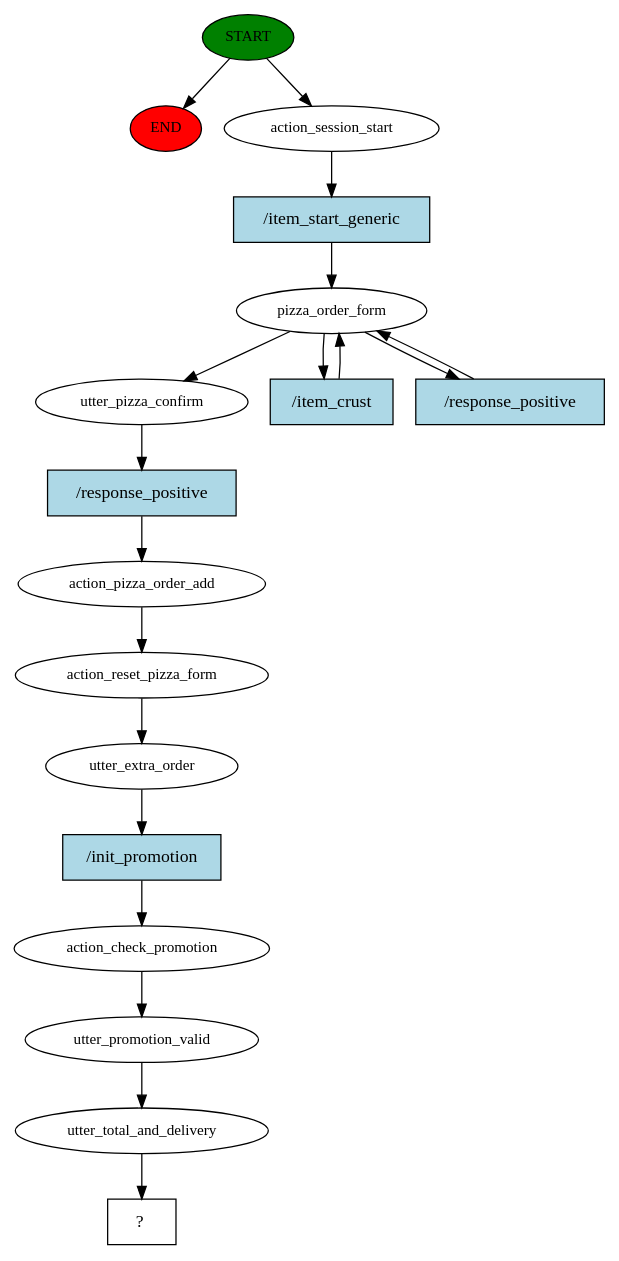
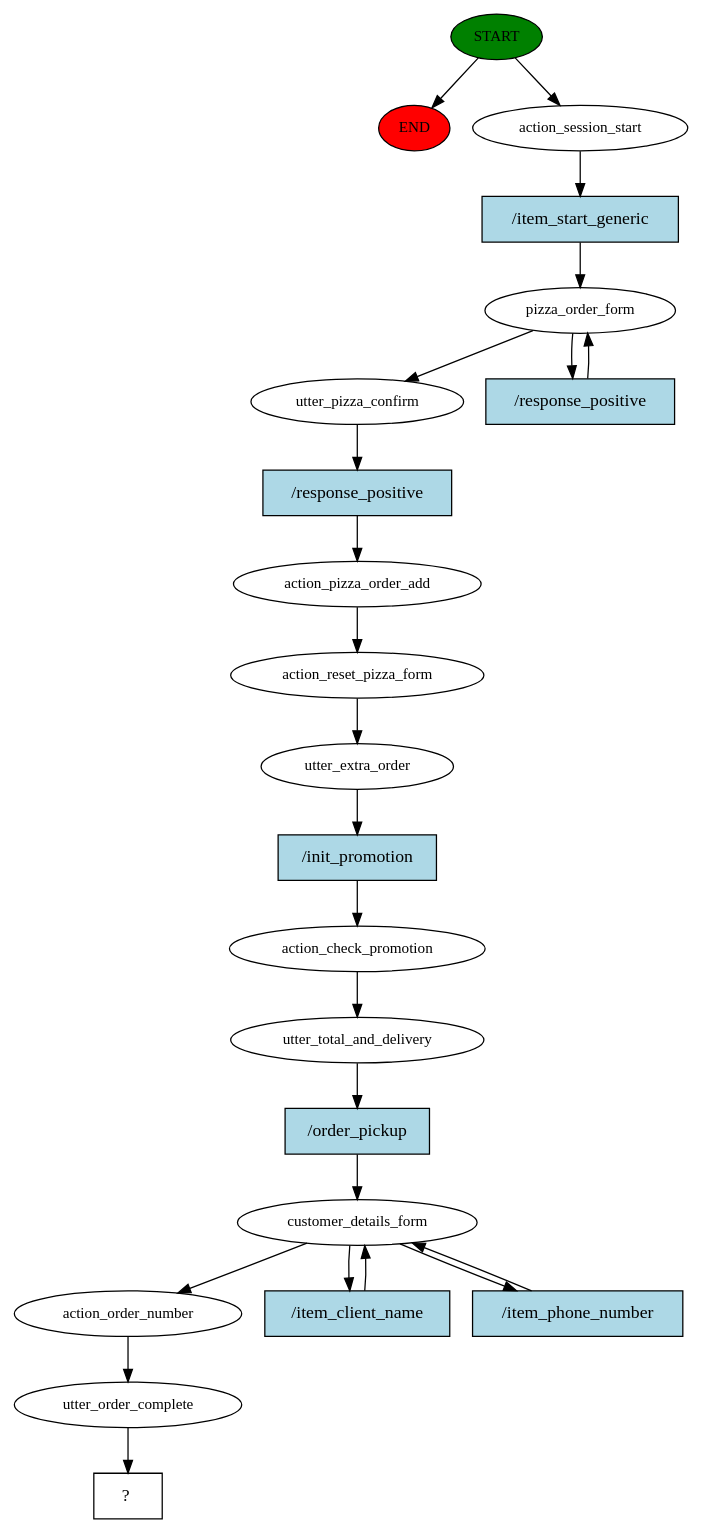
The diagram in story_graph.dot (pasterzewa/HMD-PizzaBot-project), drawn with Graphviz before and after one commit. The commit also changed 12 other files, not shown here.

```diff
--- a/story_graph.dot
+++ b/story_graph.dot
@@ -1,37 +1,46 @@
 digraph  {
 0 [class="start active", fillcolor=green, fontsize=12, label=START, style=filled];
 "-1" [class=end, fillcolor=red, fontsize=12, label=END, style=filled];
 1 [class=active, fontsize=12, label=action_session_start];
 2 [class=active, fontsize=12, label=pizza_order_form];
-5 [class=active, fontsize=12, label=utter_pizza_confirm];
-6 [class=active, fontsize=12, label=action_pizza_order_add];
-7 [class=active, fontsize=12, label=action_reset_pizza_form];
-8 [class=active, fontsize=12, label=utter_extra_order];
-9 [class=active, fontsize=12, label=action_check_promotion];
-10 [class=active, fontsize=12, label=utter_promotion_valid];
-11 [class=active, fontsize=12, label=utter_total_and_delivery];
-12 [class="intent dashed active", label="  ?  ", shape=rect];
-13 [class="intent active", fillcolor=lightblue, label="/item_start_generic", shape=rect, style=filled];
-14 [class="intent active", fillcolor=lightblue, label="/item_crust", shape=rect, style=filled];
-15 [class="intent active", fillcolor=lightblue, label="/response_positive", shape=rect, style=filled];
-16 [class="intent active", fillcolor=lightblue, label="/response_positive", shape=rect, style=filled];
-17 [class="intent active", fillcolor=lightblue, label="/init_promotion", shape=rect, style=filled];
+4 [class=active, fontsize=12, label=utter_pizza_confirm];
+5 [class=active, fontsize=12, label=action_pizza_order_add];
+6 [class=active, fontsize=12, label=action_reset_pizza_form];
+7 [class=active, fontsize=12, label=utter_extra_order];
+8 [class=active, fontsize=12, label=action_check_promotion];
+9 [class=active, fontsize=12, label=utter_total_and_delivery];
+10 [class=active, fontsize=12, label=customer_details_form];
+13 [class=active, fontsize=12, label=action_order_number];
+14 [class=active, fontsize=12, label=utter_order_complete];
+15 [class="intent dashed active", label="  ?  ", shape=rect];
+16 [class="intent active", fillcolor=lightblue, label="/item_start_generic", shape=rect, style=filled];
+17 [class="intent active", fillcolor=lightblue, label="/response_positive", shape=rect, style=filled];
+18 [class="intent active", fillcolor=lightblue, label="/response_positive", shape=rect, style=filled];
+19 [class="intent active", fillcolor=lightblue, label="/init_promotion", shape=rect, style=filled];
+20 [class="intent active", fillcolor=lightblue, label="/order_pickup", shape=rect, style=filled];
+21 [class="intent active", fillcolor=lightblue, label="/item_client_name", shape=rect, style=filled];
+22 [class="intent active", fillcolor=lightblue, label="/item_phone_number", shape=rect, style=filled];
 0 -> "-1"  [class="", key=NONE, label=""];
 0 -> 1  [class=active, key=NONE, label=""];
-1 -> 13  [class=active, key=0];
-2 -> 5  [class=active, key=NONE, label=""];
-2 -> 14  [class=active, key=0];
-2 -> 15  [class=active, key=0];
-5 -> 16  [class=active, key=0];
+1 -> 16  [class=active, key=0];
+2 -> 4  [class=active, key=NONE, label=""];
+2 -> 17  [class=active, key=0];
+4 -> 18  [class=active, key=0];
+5 -> 6  [class=active, key=NONE, label=""];
 6 -> 7  [class=active, key=NONE, label=""];
-7 -> 8  [class=active, key=NONE, label=""];
-8 -> 17  [class=active, key=0];
-9 -> 10  [class=active, key=NONE, label=""];
-10 -> 11  [class=active, key=NONE, label=""];
-11 -> 12  [class=active, key=NONE, label=""];
-13 -> 2  [class=active, key=0];
-14 -> 2  [class=active, key=0];
-15 -> 2  [class=active, key=0];
-16 -> 6  [class=active, key=0];
-17 -> 9  [class=active, key=0];
+7 -> 19  [class=active, key=0];
+8 -> 9  [class=active, key=NONE, label=""];
+9 -> 20  [class=active, key=0];
+10 -> 13  [class=active, key=NONE, label=""];
+10 -> 21  [class=active, key=0];
+10 -> 22  [class=active, key=0];
+13 -> 14  [class=active, key=NONE, label=""];
+14 -> 15  [class=active, key=NONE, label=""];
+16 -> 2  [class=active, key=0];
+17 -> 2  [class=active, key=0];
+18 -> 5  [class=active, key=0];
+19 -> 8  [class=active, key=0];
+20 -> 10  [class=active, key=0];
+21 -> 10  [class=active, key=0];
+22 -> 10  [class=active, key=0];
 }
```
